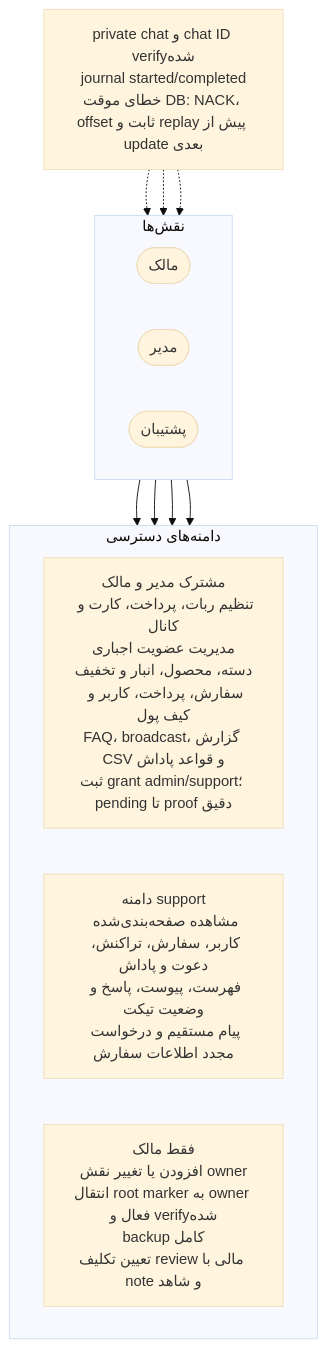
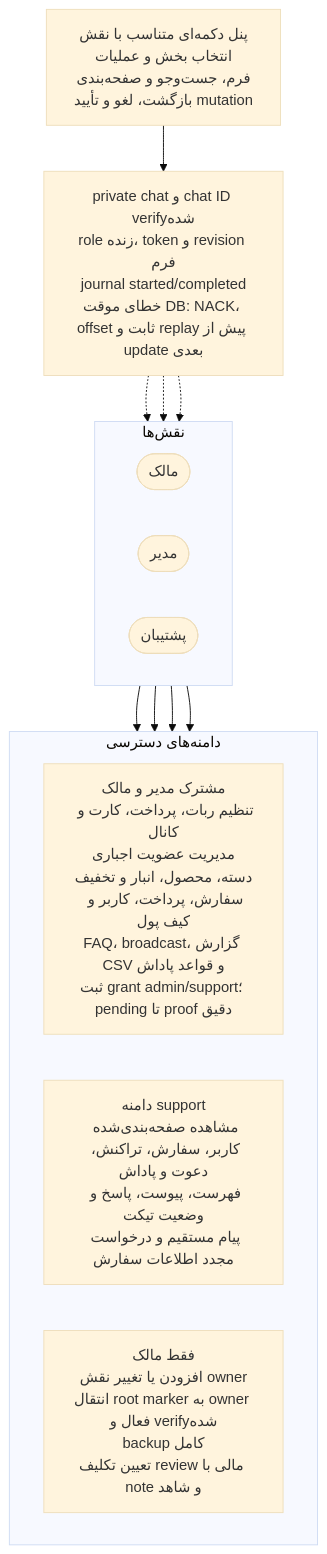
The diagram in docs/diagrams/06-admin-use-cases.mmd (mohamadkheiry/aibotTelegram), drawn with Mermaid (base theme) before and after one commit. The commit also changed 32 other files, not shown here.

```diff
--- a/docs/diagrams/06-admin-use-cases.mmd
+++ b/docs/diagrams/06-admin-use-cases.mmd
@@ -1,24 +1,26 @@
 flowchart TB
     subgraph Actors["نقش‌ها"]
         direction LR
         Owner(["مالک"])
         Admin(["مدیر"])
         Support(["پشتیبان"])
     end
 
     subgraph Scopes["دامنه‌های دسترسی"]
         direction LR
         Shared["مشترک مدیر و مالک<br/>تنظیم ربات، پرداخت، کارت و کانال<br/>مدیریت عضویت اجباری<br/>دسته، محصول، انبار و تخفیف<br/>سفارش، پرداخت، کاربر و کیف پول<br/>FAQ، broadcast، گزارش CSV و قواعد پاداش<br/>ثبت grant admin/support؛ pending تا proof دقیق"]
         SupportScope["دامنه support<br/>مشاهده صفحه‌بندی‌شده کاربر، سفارش، تراکنش، دعوت و پاداش<br/>فهرست، پیوست، پاسخ و وضعیت تیکت<br/>پیام مستقیم و درخواست مجدد اطلاعات سفارش"]
         OwnerOnly["فقط مالک<br/>افزودن یا تغییر نقش owner<br/>انتقال root marker به owner فعال و verifyشده<br/>backup کامل<br/>تعیین تکلیف review مالی با note و شاهد"]
     end
 
     Owner --> Shared
     Admin --> Shared
     Support --> SupportScope
     Owner --> OwnerOnly
 
-    Guard["private chat و chat ID verifyشده<br/>journal started/completed<br/>خطای موقت DB: NACK، offset ثابت و replay پیش از update بعدی"]
+    Panel["پنل دکمه‌ای متناسب با نقش<br/>انتخاب بخش و عملیات<br/>فرم، جست‌وجو و صفحه‌بندی<br/>بازگشت، لغو و تأیید mutation"]
+    Guard["private chat و chat ID verifyشده<br/>role زنده، token و revision فرم<br/>journal started/completed<br/>خطای موقت DB: NACK، offset ثابت و replay پیش از update بعدی"]
+    Panel --> Guard
     Guard -.-> Owner
     Guard -.-> Admin
     Guard -.-> Support
```
